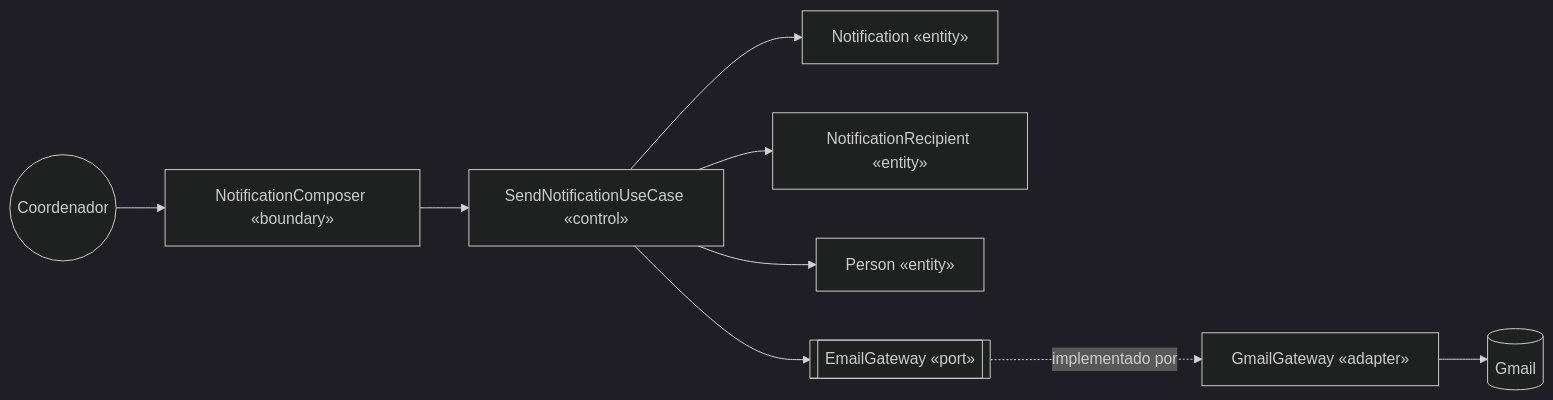
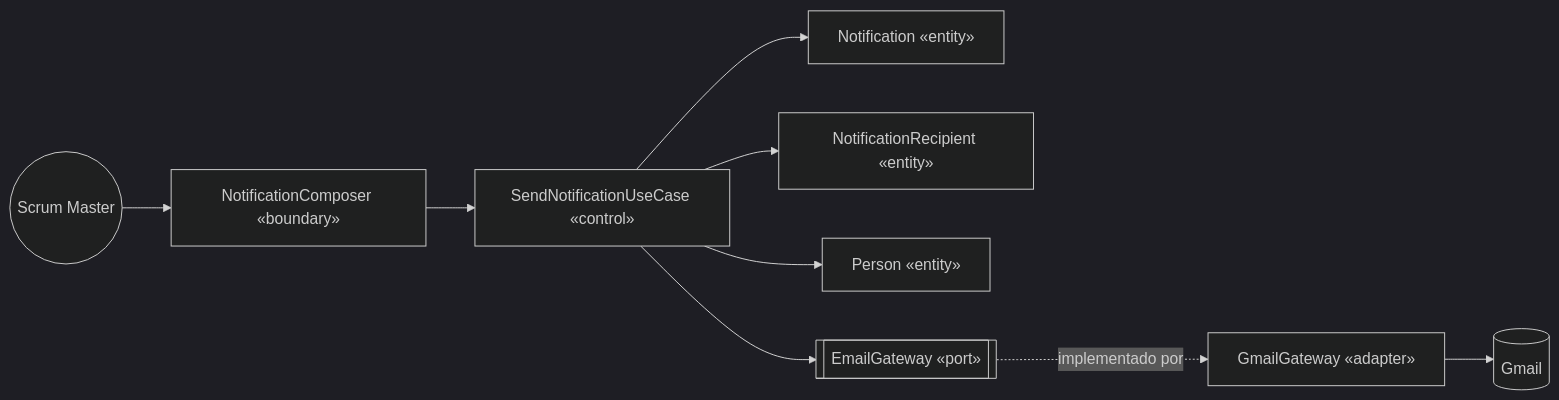
Before and after one commit to LuHenRe/PETBSI-SCRUM: the fourth of 5 diagrams in docs/especificao-de-software/07-boundary-control-entity.md, drawn with Mermaid (dark theme). The commit also changed other lines of this file and 13 other files, not shown here.

````diff
--- a/docs/especificao-de-software/07-boundary-control-entity.md
+++ b/docs/especificao-de-software/07-boundary-control-entity.md
@@ -95,11 +97,11 @@
 ```mermaid
 flowchart LR
-    Coordenador((Coordenador)) --> Composer[NotificationComposer «boundary»]
+    ScrumMaster((Scrum Master)) --> Composer[NotificationComposer «boundary»]
     Composer --> Send[SendNotificationUseCase «control»]
     Send --> Notification[Notification «entity»]
     Send --> Recipient[NotificationRecipient «entity»]
     Send --> Person[Person «entity»]
     Send --> Email[[EmailGateway «port»]]
     Email -. implementado por .-> Gmail[GmailGateway «adapter»]
     Gmail --> Google[(Gmail)]
 ```
````
